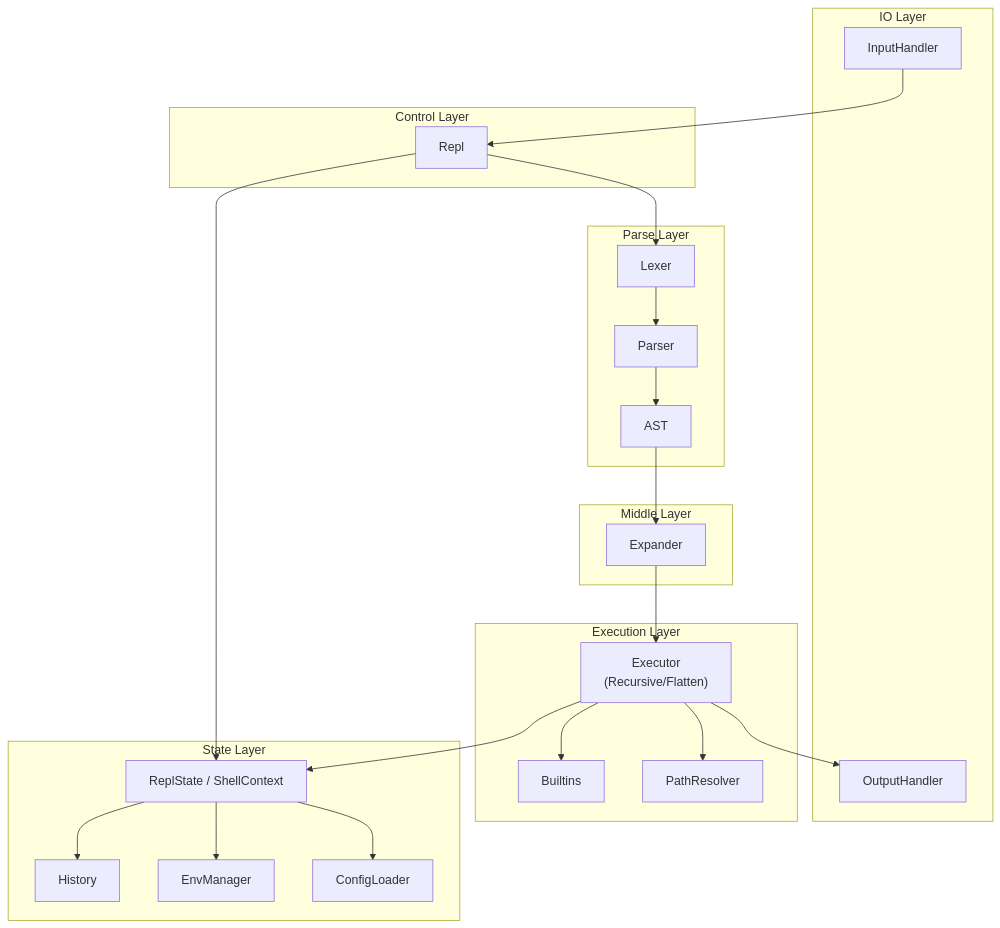
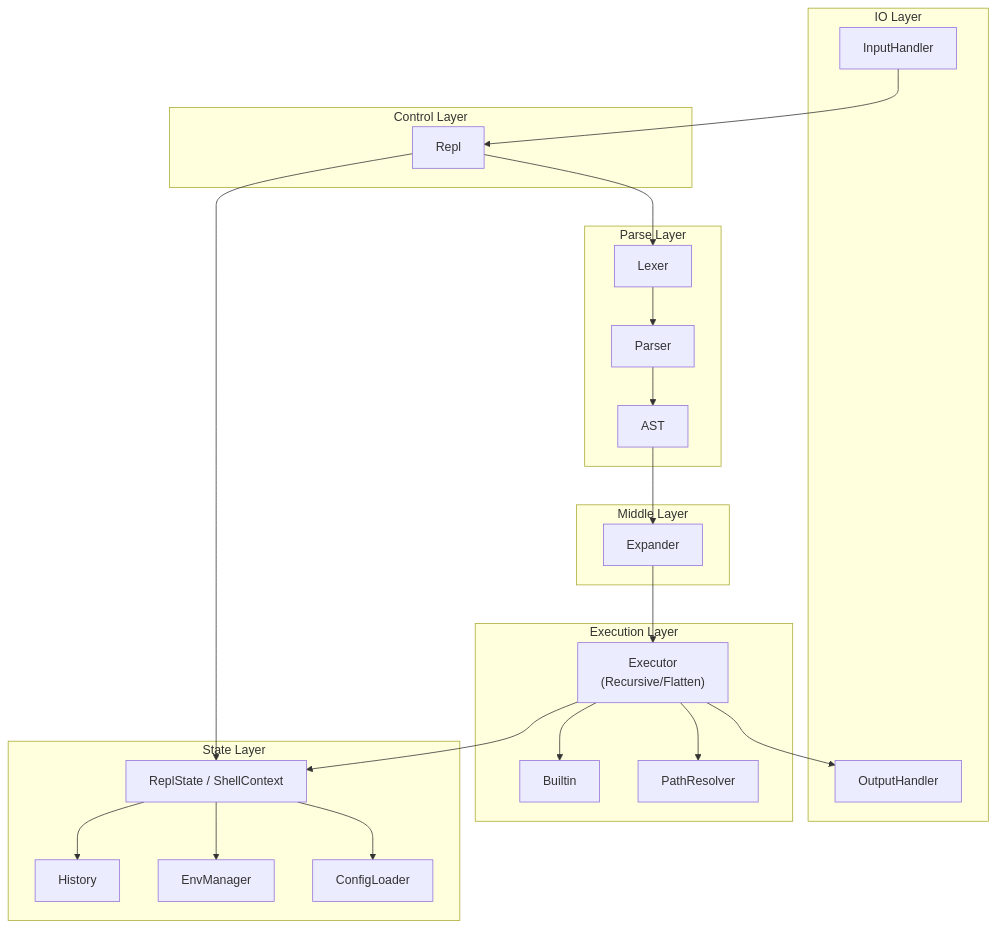
Before and after one commit to massa-kj/tiny-shell-rs: the diagram in docs/design.md, drawn with Mermaid. The commit also changed other lines of this file and 7 other files, not shown here.

````diff
--- a/docs/design.md
+++ b/docs/design.md
@@ -56,47 +56,47 @@
 ```mermaid
 flowchart TD
   subgraph IO Layer
     InputHandler
     OutputHandler
   end
 
   subgraph Parse Layer
     Lexer
     Parser
     AST["AST"]
   end
 
   subgraph Middle Layer
     Expander
   end
 
   subgraph Execution Layer
     Executor["Executor\n(Recursive/Flatten)"]
-    Builtins
+    Builtin
     PathResolver
   end
 
   subgraph State Layer
     ReplState["ReplState / ShellContext"]
     History
     EnvManager
     ConfigLoader
   end
 
   subgraph Control Layer
     Repl
   end
 
   InputHandler --> Repl
   Repl --> Lexer --> Parser --> AST --> Expander
   Expander --> Executor
-  Executor --> Builtins
+  Executor --> Builtin
   Executor --> PathResolver
   Executor --> ReplState
   Executor --> OutputHandler
 
   Repl --> ReplState
   ReplState --> History
   ReplState --> EnvManager
   ReplState --> ConfigLoader
 ```
````
